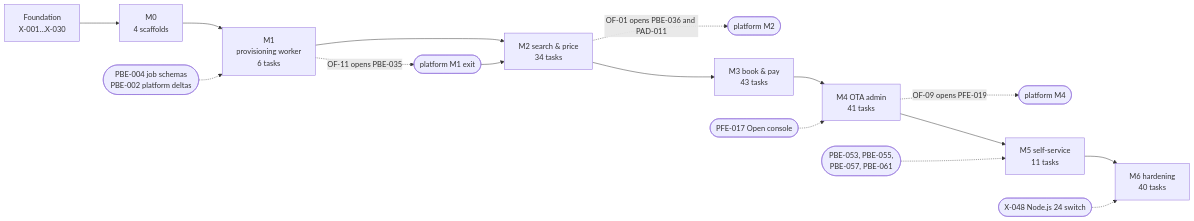
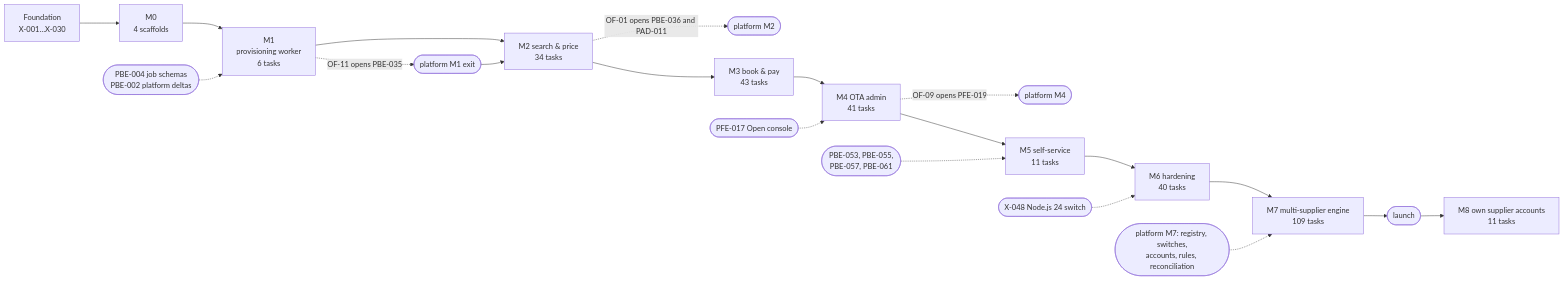
The diagram in ota/docs/plans/implementation-plan.md (bhagwati-prasad/velexis-ota), drawn with Mermaid before and after one commit. The commit also changed other lines of this file and 35 other files, not shown here.

````diff
--- a/ota/docs/plans/implementation-plan.md
+++ b/ota/docs/plans/implementation-plan.md
@@ -62,18 +78,22 @@
 ```mermaid
 flowchart LR
   F["Foundation<br/>X-001…X-030"] --> M0["M0<br/>4 scaffolds"]
   M0 --> M1["M1<br/>provisioning worker<br/>6 tasks"]
   P4(["PBE-004 job schemas<br/>PBE-002 platform deltas"]) -.-> M1
   M1 -. OF-11 opens PBE-035 .-> PM1(["platform M1 exit"])
   M1 --> M2["M2 search & price<br/>34 tasks"]
   PM1 --> M2
   M2 -. OF-01 opens PBE-036 and PAD-011 .-> PM2(["platform M2"])
   M2 --> M3["M3 book & pay<br/>43 tasks"]
   M3 --> M4["M4 OTA admin<br/>41 tasks"]
   PF17(["PFE-017 Open console"]) -.-> M4
   M4 -. OF-09 opens PFE-019 .-> PM4(["platform M4"])
   M4 --> M5["M5 self-service<br/>11 tasks"]
   PM5(["PBE-053, PBE-055,<br/>PBE-057, PBE-061"]) -.-> M5
   M5 --> M6["M6 hardening<br/>40 tasks"]
   X48(["X-048 Node.js 24 switch"]) -.-> M6
+  M6 --> M7["M7 multi-supplier engine<br/>109 tasks"]
+  PM7(["platform M7: registry, switches,<br/>accounts, rules, reconciliation"]) -.-> M7
+  M7 --> L(["launch"])
+  L --> M8["M8 own supplier accounts<br/>11 tasks"]
 ```
````
